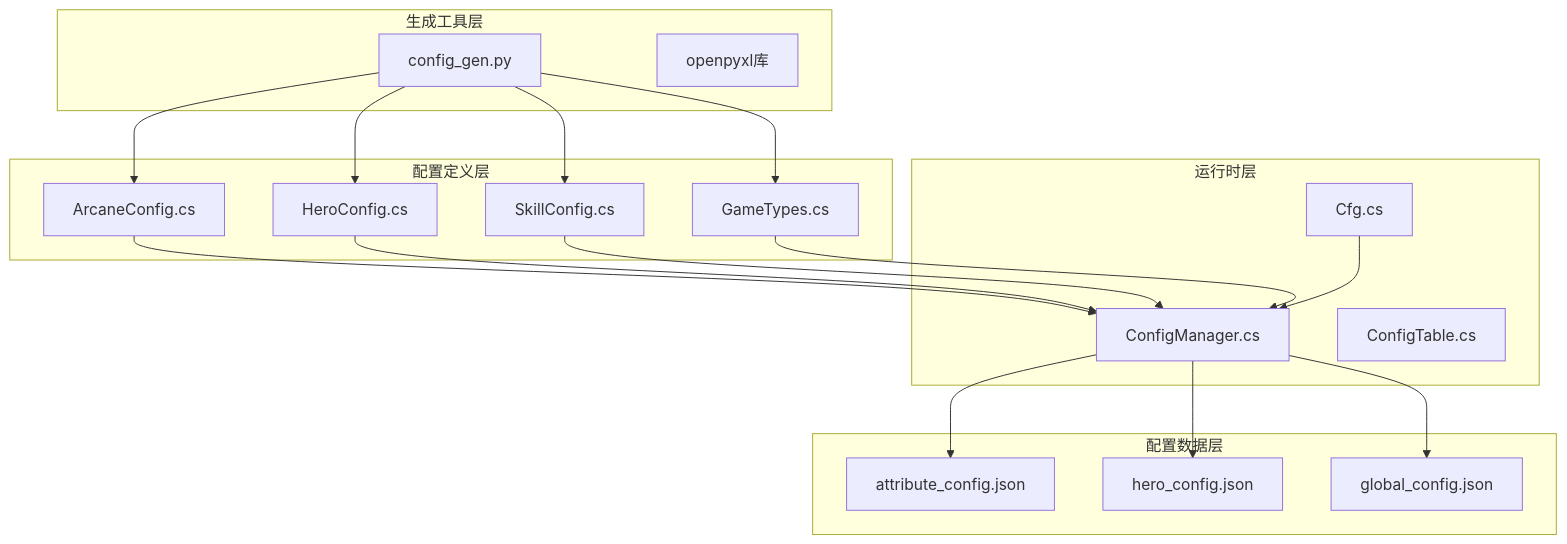
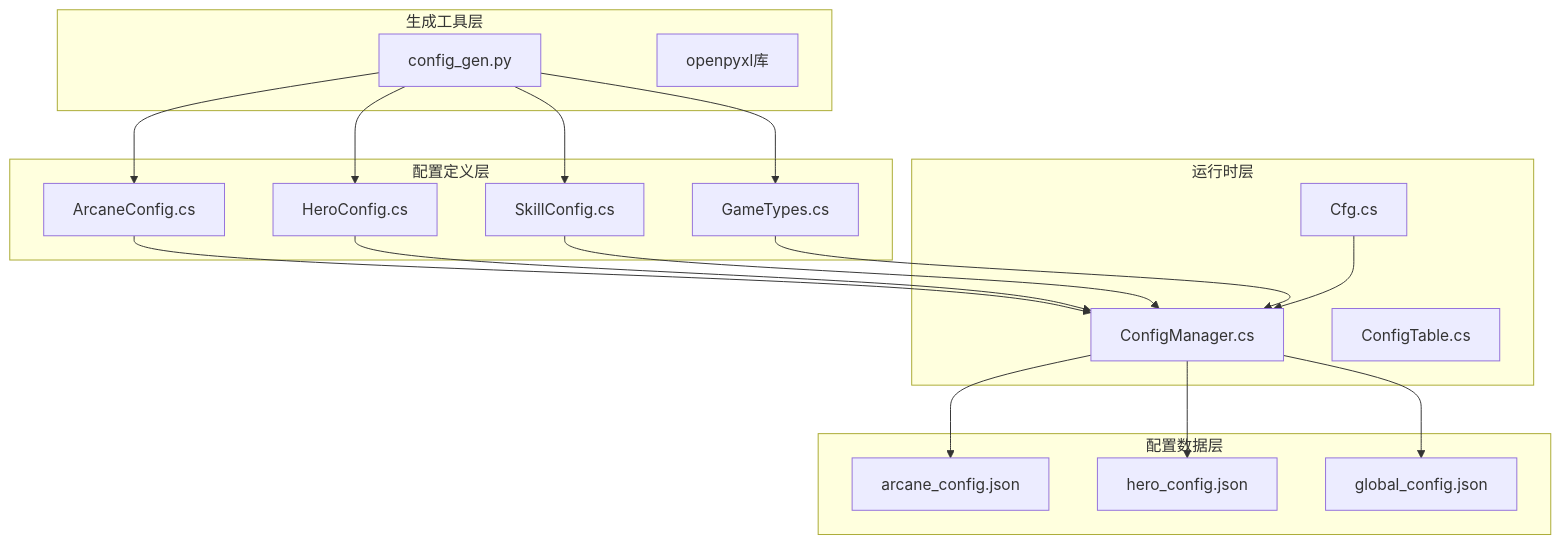
The seventh of 8 diagrams in .qoder/repowiki/zh/content/Old Configuration System.md (Tuusen/p1_client), drawn with Mermaid before and after one commit. The commit also changed other lines of this file and 29 other files, not shown here.

````diff
--- a/.qoder/repowiki/zh/content/Old Configuration System.md
+++ b/.qoder/repowiki/zh/content/Old Configuration System.md
@@ -332,35 +360,35 @@
 ```mermaid
 graph TB
 subgraph "生成工具层"
 config_gen.py[config_gen.py]
 openpyxl[openpyxl库]
 end
 subgraph "配置定义层"
 ArcaneConfig.cs[ArcaneConfig.cs]
 HeroConfig.cs[HeroConfig.cs]
 SkillConfig.cs[SkillConfig.cs]
 GameTypes.cs[GameTypes.cs]
 end
 subgraph "运行时层"
 Cfg.cs[Cfg.cs]
 ConfigManager.cs[ConfigManager.cs]
 ConfigTable.cs[ConfigTable.cs]
 end
 subgraph "配置数据层"
-attribute_config.json[attribute_config.json]
+arcane_config.json[arcane_config.json]
 hero_config.json[hero_config.json]
 global_config.json[global_config.json]
 end
 config_gen.py --> ArcaneConfig.cs
 config_gen.py --> HeroConfig.cs
 config_gen.py --> SkillConfig.cs
 config_gen.py --> GameTypes.cs
 ArcaneConfig.cs --> ConfigManager.cs
 HeroConfig.cs --> ConfigManager.cs
 SkillConfig.cs --> ConfigManager.cs
 GameTypes.cs --> ConfigManager.cs
 Cfg.cs --> ConfigManager.cs
-ConfigManager.cs --> attribute_config.json
+ConfigManager.cs --> arcane_config.json
 ConfigManager.cs --> hero_config.json
 ConfigManager.cs --> global_config.json
 ```
````
